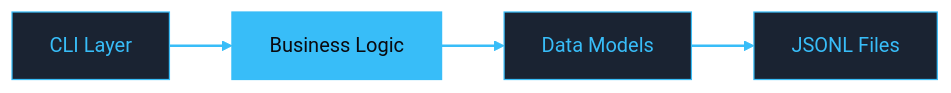
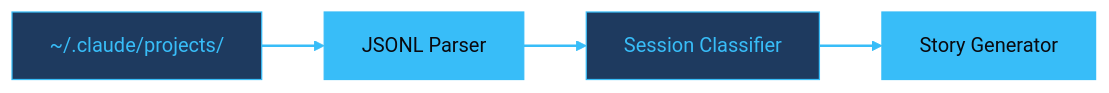
One commit to adewale/slide-maker changed the diagram in generated-decks/claude-history-explorer/slides.md. Above: the diagram before and after it, drawn with Mermaid (base theme). The commit also changed other lines of this file and 56 other files, not shown here.

````diff
--- a/generated-decks/claude-history-explorer/slides.md
+++ b/generated-decks/claude-history-explorer/slides.md
@@ -101,11 +68,11 @@
 ```mermaid {scale: 0.8}
 graph LR
-  A["CLI Layer"] --> B["Business Logic"]
-  B --> C["Data Models"]
-  C --> D["JSONL Files"]
-  style A fill:#1a2332,stroke:#38bdf8,color:#38bdf8
+  A["~/.claude/projects/"] --> B["JSONL Parser"]
+  B --> C["Session Classifier"]
+  C --> D["Story Generator"]
+  style A fill:#1e3a5f,stroke:#38bdf8,color:#38bdf8
   style B fill:#38bdf8,stroke:#38bdf8,color:#0a0a0f
-  style C fill:#1a2332,stroke:#38bdf8,color:#38bdf8
-  style D fill:#1a2332,stroke:#38bdf8,color:#38bdf8
+  style C fill:#1e3a5f,stroke:#38bdf8,color:#38bdf8
+  style D fill:#38bdf8,stroke:#38bdf8,color:#0a0a0f
   linkStyle default stroke:#38bdf8,stroke-width:2px
 ```
````
